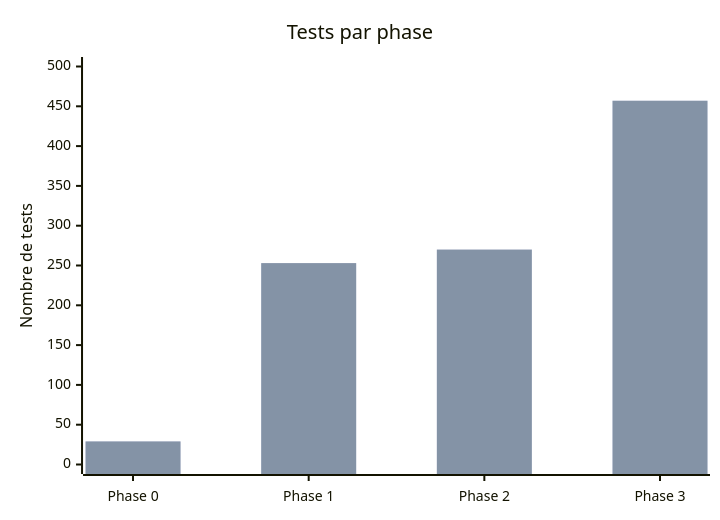
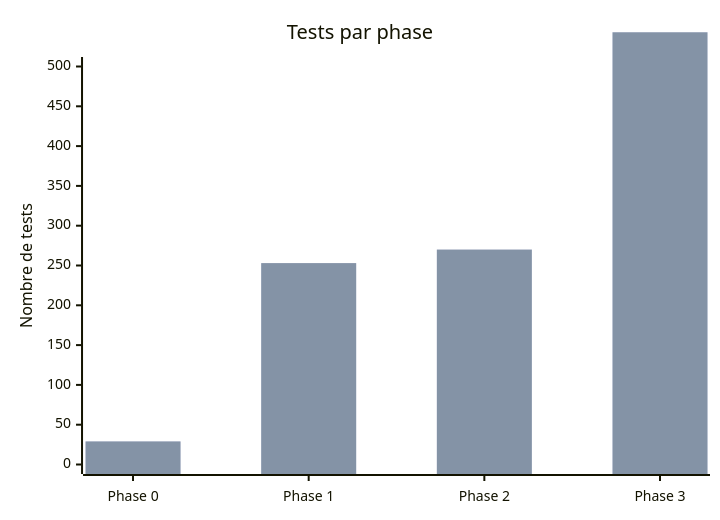
One commit to lyon32/lyonpanel changed the fifth of 5 diagrams in docs/reports/TABLEAU-DE-BORD.md. Above: the diagram before and after it, drawn with Mermaid. The commit also changed other lines of this file and 198 other files, not shown here.

````diff
--- a/docs/reports/TABLEAU-DE-BORD.md
+++ b/docs/reports/TABLEAU-DE-BORD.md
@@ -125,8 +125,8 @@
 ```mermaid
 xychart-beta
   title "Tests par phase"
   x-axis ["Phase 0", "Phase 1", "Phase 2", "Phase 3"]
   y-axis "Nombre de tests" 0 --> 500
-  bar [29, 253, 270, 457]
-  bar [29, 253, 270, 457]
+  bar [29, 253, 270, 543]
+  bar [29, 253, 270, 543]
 ```
````
